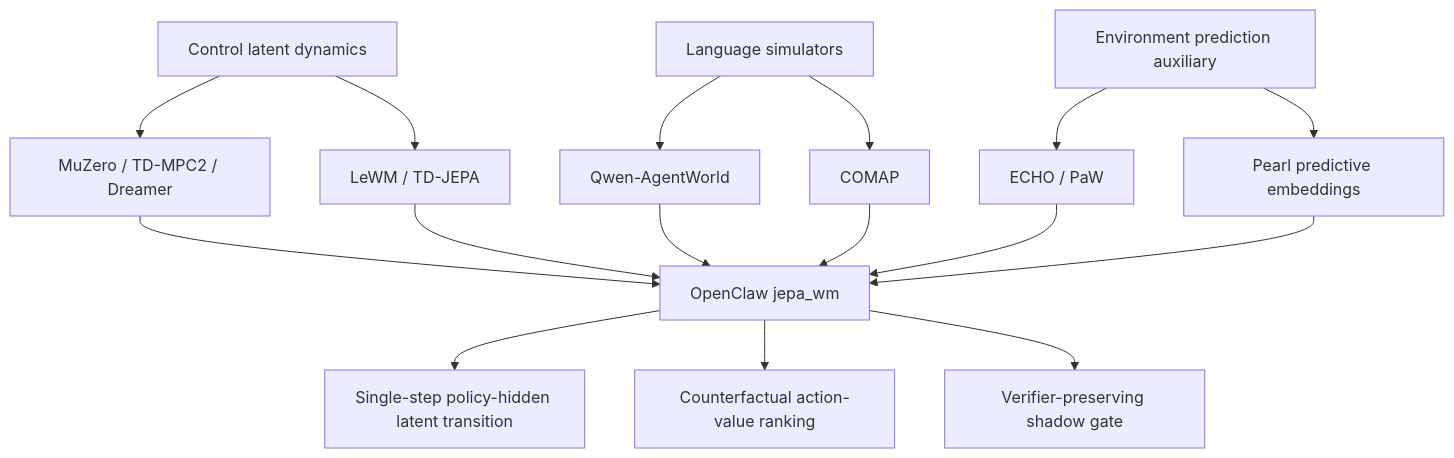
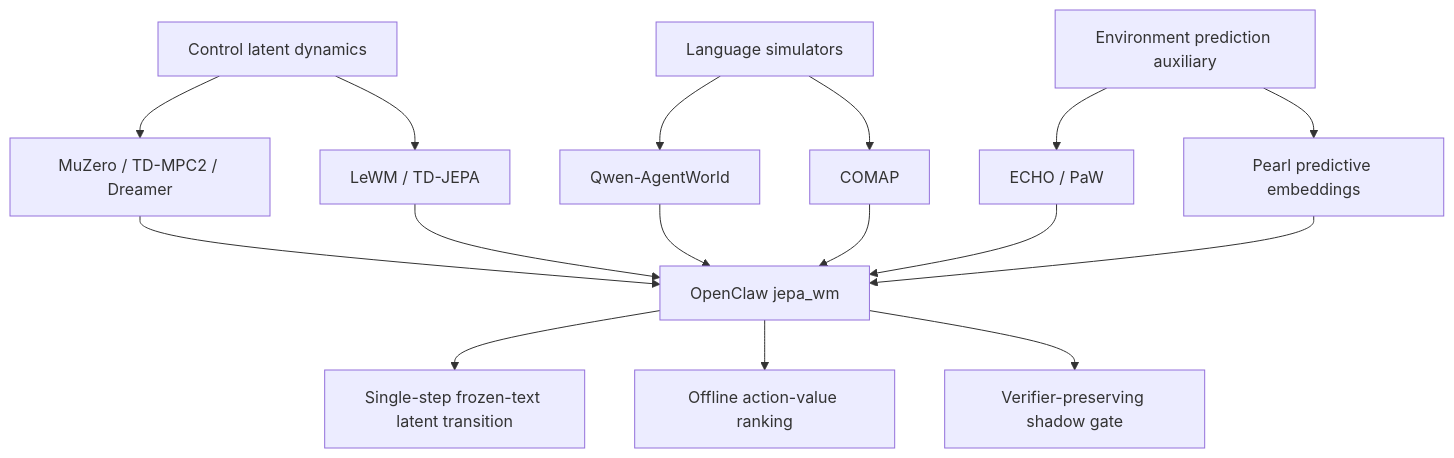
The first of 4 diagrams in rl_doc/openclaw_latent_world_model_value_head_talk_20260714.md (puyuan1996/OpenClaw-RL), drawn with Mermaid before and after one commit. The commit also changed other lines of this file and 14 other files, not shown here.

````diff
--- a/rl_doc/openclaw_latent_world_model_value_head_talk_20260714.md
+++ b/rl_doc/openclaw_latent_world_model_value_head_talk_20260714.md
@@ -148,20 +146,20 @@
 ```mermaid
 flowchart TB
     A[Control latent dynamics] --> A1[MuZero / TD-MPC2 / Dreamer]
     A --> A2[LeWM / TD-JEPA]
     B[Language simulators] --> B1[Qwen-AgentWorld]
     B --> B2[COMAP]
     C[Environment prediction auxiliary] --> C1[ECHO / PaW]
     C --> C2[Pearl predictive embeddings]
 
     A1 --> O[OpenClaw jepa_wm]
     A2 --> O
     B1 --> O
     B2 --> O
     C1 --> O
     C2 --> O
 
-    O --> X[Single-step policy-hidden latent transition]
-    O --> Y[Counterfactual action-value ranking]
+    O --> X[Single-step frozen-text latent transition]
+    O --> Y[Offline action-value ranking]
     O --> Z[Verifier-preserving shadow gate]
 ```
````
